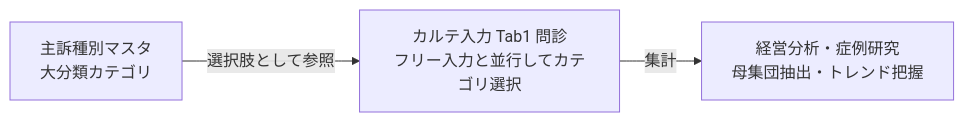
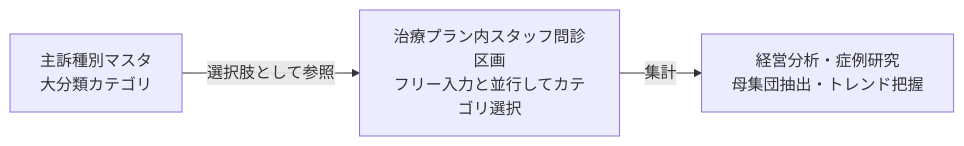
The diagram in docs/spec/screens/settings/master-chief-complaint.md (MinoruSoga/AnimalEkarte), drawn with Mermaid before and after one commit. The commit also changed other lines of this file and 79 other files, not shown here.

````diff
--- a/docs/spec/screens/settings/master-chief-complaint.md
+++ b/docs/spec/screens/settings/master-chief-complaint.md
@@ -34,5 +35,5 @@
 ```mermaid
 flowchart LR
-    M["主訴種別マスタ<br>大分類カテゴリ"] -->|選択肢として参照| K["カルテ入力 Tab1 問診<br>フリー入力と並行してカテゴリ選択"]
+    M["主訴種別マスタ<br>大分類カテゴリ"] -->|選択肢として参照| K["治療プラン内スタッフ問診区画<br>フリー入力と並行してカテゴリ選択"]
     K -->|集計| S["経営分析・症例研究<br>母集団抽出・トレンド把握"]
 ```
````
